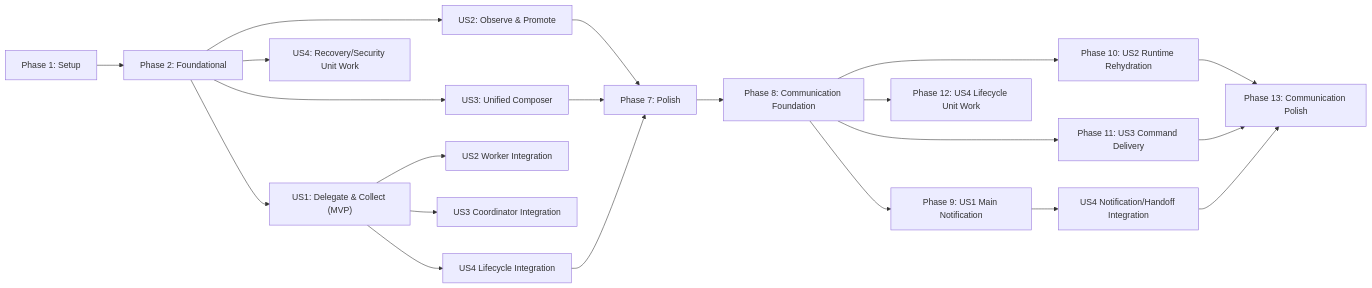
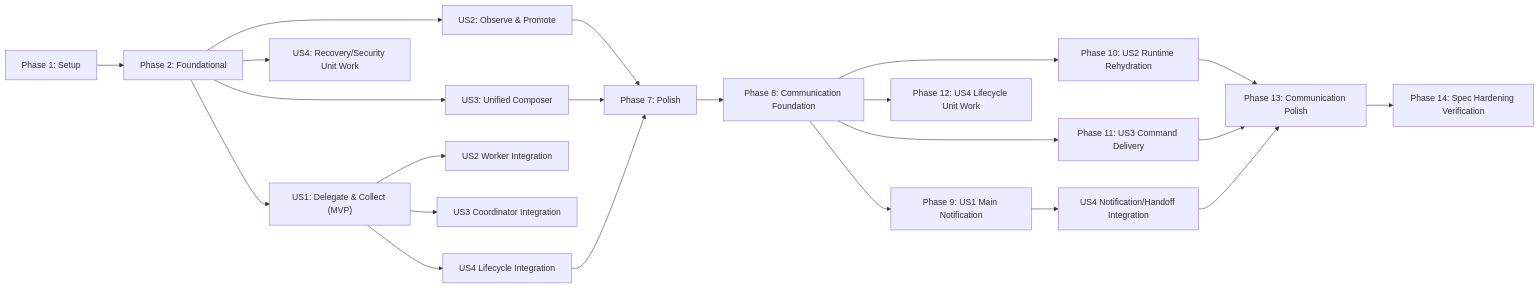
Before and after one commit to yoophi/agentic-workspace: the diagram in specs/033-agent-orchestration/tasks.md, drawn with Mermaid. The commit also changed other lines of this file and 19 other files, not shown here.

````diff
--- a/specs/033-agent-orchestration/tasks.md
+++ b/specs/033-agent-orchestration/tasks.md
@@ -379,23 +419,24 @@
 ```mermaid
 flowchart LR
     Setup["Phase 1: Setup"] --> Foundation["Phase 2: Foundational"]
     Foundation --> US1["US1: Delegate & Collect (MVP)"]
     Foundation --> US2["US2: Observe & Promote"]
     Foundation --> US3["US3: Unified Composer"]
     Foundation --> US4Unit["US4: Recovery/Security Unit Work"]
     US1 --> US2Integration["US2 Worker Integration"]
     US1 --> US3Integration["US3 Coordinator Integration"]
     US1 --> US4Integration["US4 Lifecycle Integration"]
     US2 --> Polish["Phase 7: Polish"]
     US3 --> Polish
     US4Integration --> Polish
     Polish --> CommFoundation["Phase 8: Communication Foundation"]
     CommFoundation --> US1R["Phase 9: US1 Main Notification"]
     CommFoundation --> US2R["Phase 10: US2 Runtime Rehydration"]
     CommFoundation --> US3R["Phase 11: US3 Command Delivery"]
     CommFoundation --> US4RUnit["Phase 12: US4 Lifecycle Unit Work"]
     US1R --> US4RIntegration["US4 Notification/Handoff Integration"]
     US2R --> CommPolish["Phase 13: Communication Polish"]
     US3R --> CommPolish
     US4RIntegration --> CommPolish
+    CommPolish --> SpecHardening["Phase 14: Spec Hardening Verification"]
 ```
````
